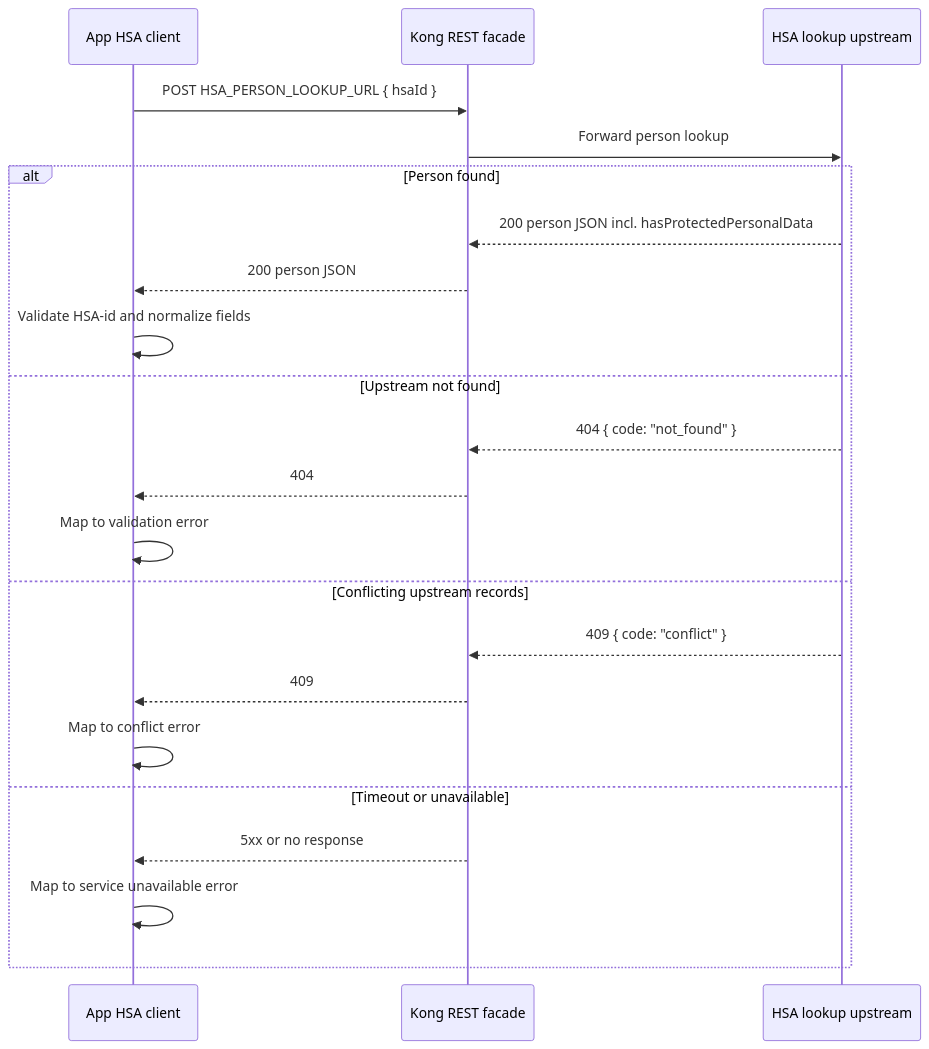
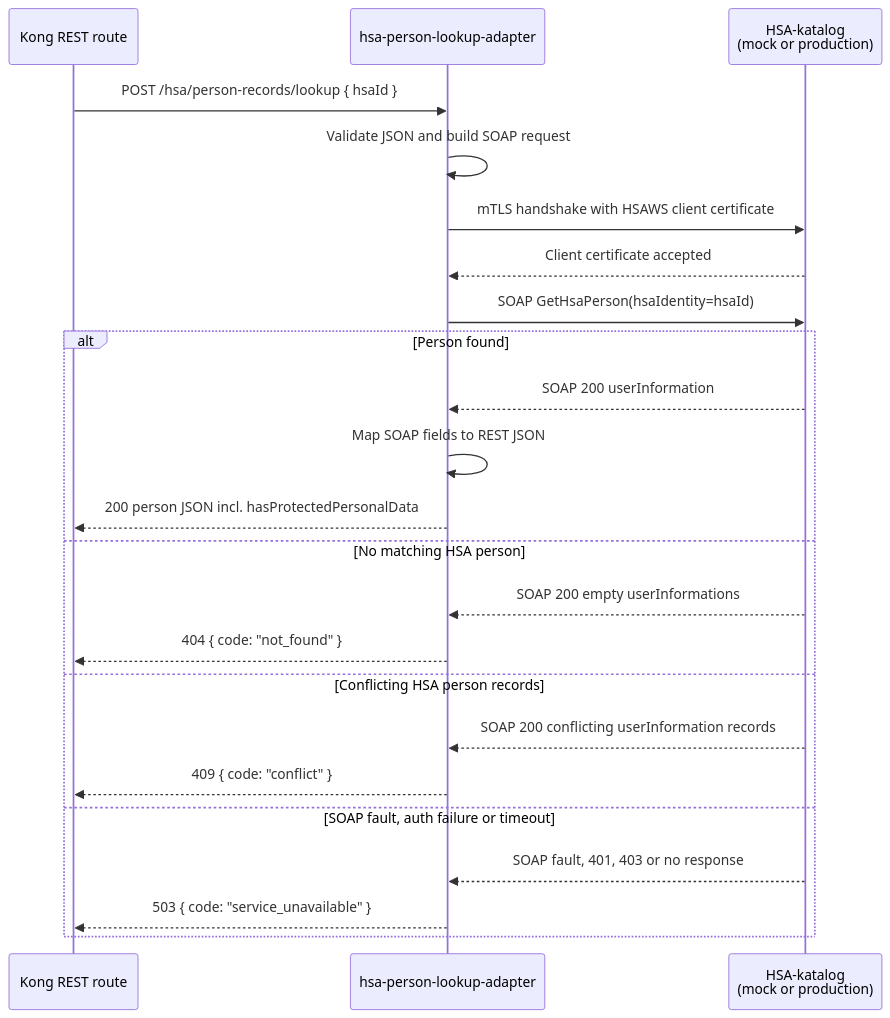
One commit to viscalyx/Kravhantering changed the second of 3 diagrams in docs/hsa-person-lookup-integration.md. Above: the diagram before and after it, drawn with Mermaid. The commit also changed other lines of this file and 10 other files, not shown here.

Commit message:
feat: integrate HSA person lookup adapter and update documentation

````diff
--- a/docs/hsa-person-lookup-integration.md
+++ b/docs/hsa-person-lookup-integration.md
@@ -93,26 +152,27 @@
 ```mermaid
 sequenceDiagram
-    participant App as App HSA client
-    participant Kong as Kong REST facade
-    participant Upstream as HSA lookup upstream
+    participant Kong as Kong REST route
+    participant Adapter as hsa-person-lookup-adapter
+    participant HSA as HSA-katalog<br/>(mock or production)
 
-    App->>Kong: POST HSA_PERSON_LOOKUP_URL { hsaId }
-    Kong->>Upstream: Forward person lookup
+    Kong->>Adapter: POST /hsa/person-records/lookup { hsaId }
+    Adapter->>Adapter: Validate JSON and build SOAP request
+    Adapter->>HSA: mTLS handshake with HSAWS client certificate
+    HSA-->>Adapter: Client certificate accepted
+    Adapter->>HSA: SOAP GetHsaPerson(hsaIdentity=hsaId)
 
     alt Person found
-        Upstream-->>Kong: 200 person JSON incl. hasProtectedPersonalData
-        Kong-->>App: 200 person JSON
-        App->>App: Validate HSA-id and normalize fields
-    else Upstream not found
-        Upstream-->>Kong: 404 { code: "not_found" }
-        Kong-->>App: 404
-        App->>App: Map to validation error
-    else Conflicting upstream records
-        Upstream-->>Kong: 409 { code: "conflict" }
-        Kong-->>App: 409
-        App->>App: Map to conflict error
-    else Timeout or unavailable
-        Kong-->>App: 5xx or no response
-        App->>App: Map to service unavailable error
+        HSA-->>Adapter: SOAP 200 userInformation
+        Adapter->>Adapter: Map SOAP fields to REST JSON
+        Adapter-->>Kong: 200 person JSON incl. hasProtectedPersonalData
+    else No matching HSA person
+        HSA-->>Adapter: SOAP 200 empty userInformations
+        Adapter-->>Kong: 404 { code: "not_found" }
+    else Conflicting HSA person records
+        HSA-->>Adapter: SOAP 200 conflicting userInformation records
+        Adapter-->>Kong: 409 { code: "conflict" }
+    else SOAP fault, auth failure or timeout
+        HSA-->>Adapter: SOAP fault, 401, 403 or no response
+        Adapter-->>Kong: 503 { code: "service_unavailable" }
     end
 ```
````
